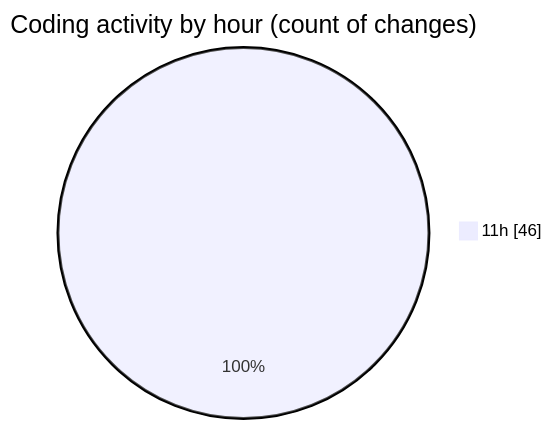
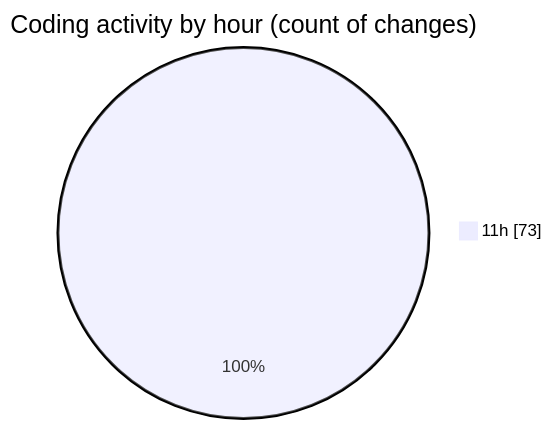
One commit to nxtqubesakshisongat/code-tracking changed the second of 2 diagrams in 2026-06-23/nxtqube_webapp/README.md. Above: the diagram before and after it, drawn with Mermaid. The commit also changed other lines of this file and 1 other file, not shown here.

````diff
--- a/2026-06-23/nxtqube_webapp/README.md
+++ b/2026-06-23/nxtqube_webapp/README.md
@@ -28,5 +28,5 @@
 ```mermaid
 pie showData
 title Coding activity by hour (count of changes)
-"11h" : 46
+"11h" : 73
 ```
````
